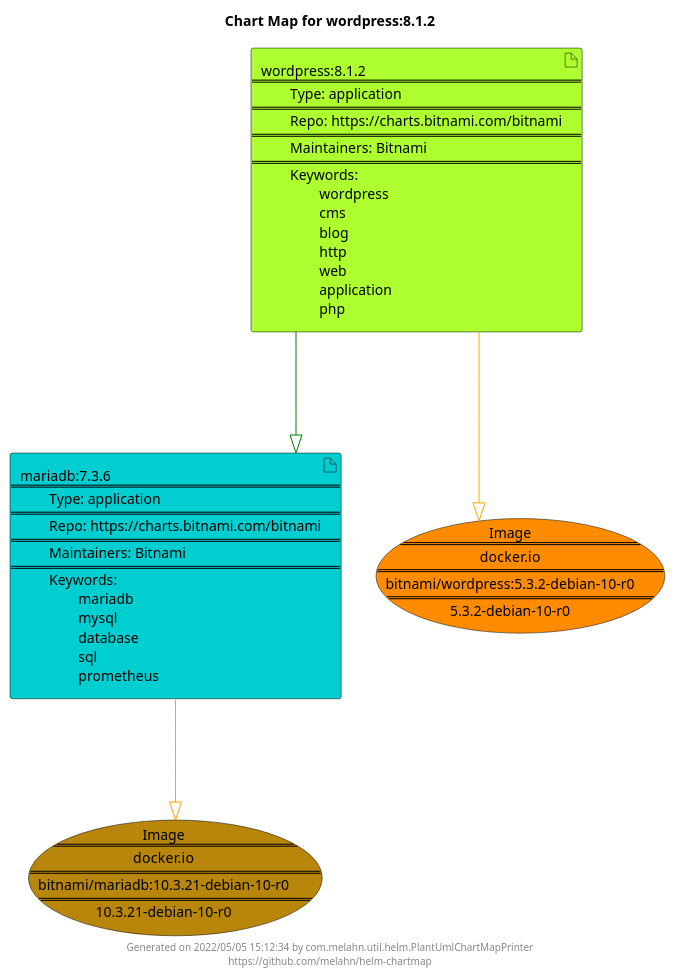
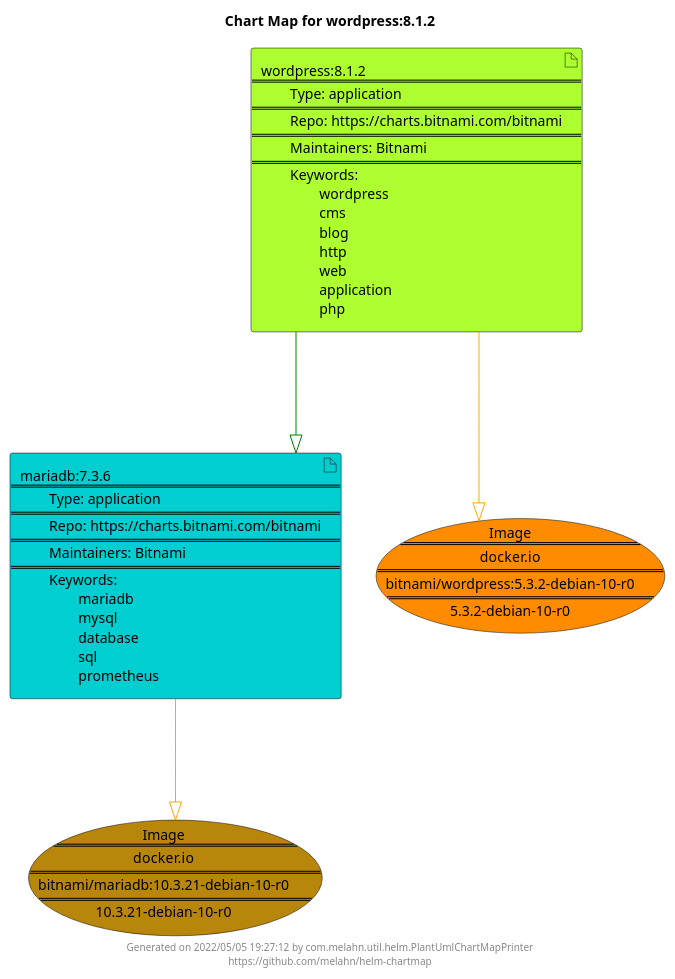
Before and after one commit to melahn/helm-chartmap: the diagram in docs/wordpress/wordpress-8.1.2.puml, drawn with PlantUML. The commit also changed 63 other files, not shown here.

Commit message:
Update Example Chart Maps as part of GitHub build

```diff
--- a/docs/wordpress/wordpress-8.1.2.puml
+++ b/docs/wordpress/wordpress-8.1.2.puml
@@ -1,25 +1,25 @@
 @startuml
 skinparam linetype ortho
 skinparam backgroundColor white
 skinparam usecaseBorderColor black
 skinparam usecaseArrowColor LightSlateGray
 skinparam artifactBorderColor black
 skinparam artifactArrowColor LightSlateGray
 
 title Chart Map for wordpress:8.1.2
 
 'There are 2 referenced Helm Charts
 artifact "mariadb:7.3.6\n====\n\tType: application\n====\n\tRepo: https://charts.bitnami.com/bitnami\n====\n\tMaintainers: Bitnami\n====\n\tKeywords: \n\t\tmariadb\n\t\tmysql\n\t\tdatabase\n\t\tsql\n\t\tprometheus" as mariadb_7_3_6 #DarkTurquoise
 artifact "wordpress:8.1.2\n====\n\tType: application\n====\n\tRepo: https://charts.bitnami.com/bitnami\n====\n\tMaintainers: Bitnami\n====\n\tKeywords: \n\t\twordpress\n\t\tcms\n\t\tblog\n\t\thttp\n\t\tweb\n\t\tapplication\n\t\tphp" as wordpress_8_1_2 #GreenYellow
 
 'There are 2 referenced Docker Images
 usecase "Image\n====\ndocker.io\n====\nbitnami/mariadb:10.3.21-debian-10-r0\n====\n10.3.21-debian-10-r0" as docker_io_bitnami_mariadb_10_3_21_debian_10_r0 #DarkGoldenRod
 usecase "Image\n====\ndocker.io\n====\nbitnami/wordpress:5.3.2-debian-10-r0\n====\n5.3.2-debian-10-r0" as docker_io_bitnami_wordpress_5_3_2_debian_10_r0 #Darkorange
 
 'Chart Dependencies
 wordpress_8_1_2--[#green]-|>mariadb_7_3_6
 mariadb_7_3_6--[#orange]-|>docker_io_bitnami_mariadb_10_3_21_debian_10_r0
 wordpress_8_1_2--[#orange]-|>docker_io_bitnami_wordpress_5_3_2_debian_10_r0
 
-center footer Generated on 2022/05/05 15:12:34 by com.melahn.util.helm.PlantUmlChartMapPrinter\nhttps://github.com/melahn/helm-chartmap
+center footer Generated on 2022/05/05 19:27:12 by com.melahn.util.helm.PlantUmlChartMapPrinter\nhttps://github.com/melahn/helm-chartmap
 @enduml
```
